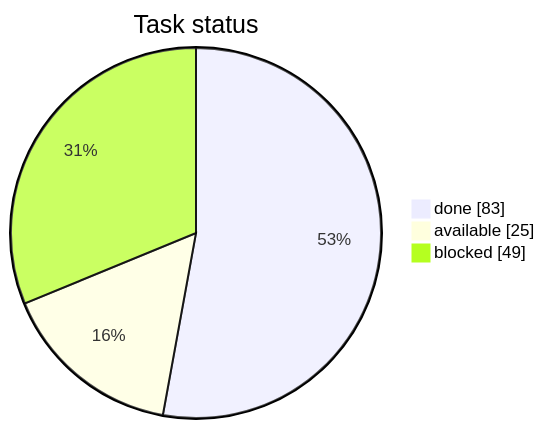
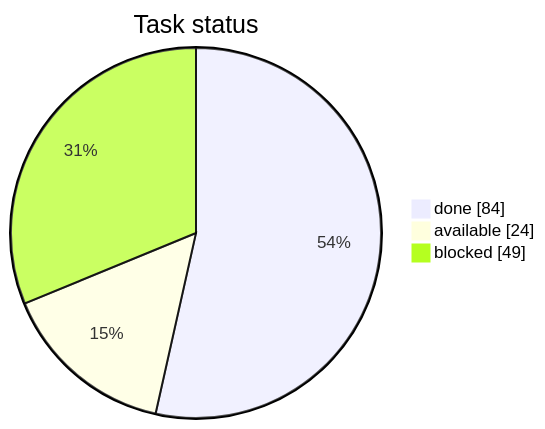
The first of 3 diagrams in STATUS.md (artemiiShabanov/RallyRivals), drawn with Mermaid before and after one commit. The commit also changed other lines of this file and 9 other files, not shown here.

````diff
--- a/STATUS.md
+++ b/STATUS.md
@@ -7,7 +7,7 @@
 ```mermaid
 pie showData
     title Task status
-    "done" : 83
-    "available" : 25
+    "done" : 84
+    "available" : 24
     "blocked" : 49
 ```
````
